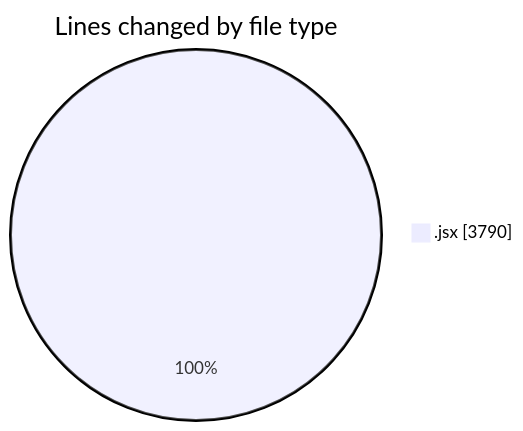
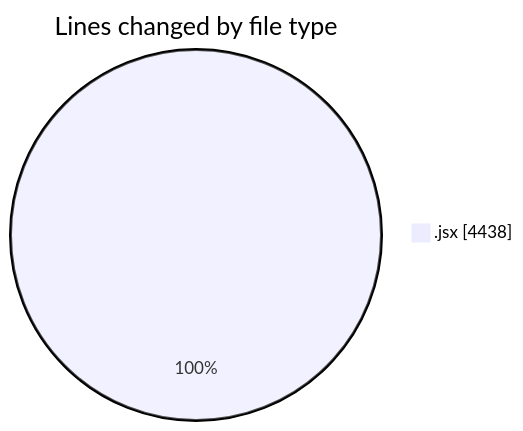
The first of 2 diagrams in 2025-10-07/nxtqube_webapp/README.md (nxtqubesakshisongat/code-tracking), drawn with Mermaid before and after one commit. The commit also changed other lines of this file and 1 other file, not shown here.

````diff
--- a/2025-10-07/nxtqube_webapp/README.md
+++ b/2025-10-07/nxtqube_webapp/README.md
@@ -22,5 +22,5 @@
 ```mermaid
 pie showData
 title Lines changed by file type
-".jsx" : 3790
+".jsx" : 4438
 ```
````
